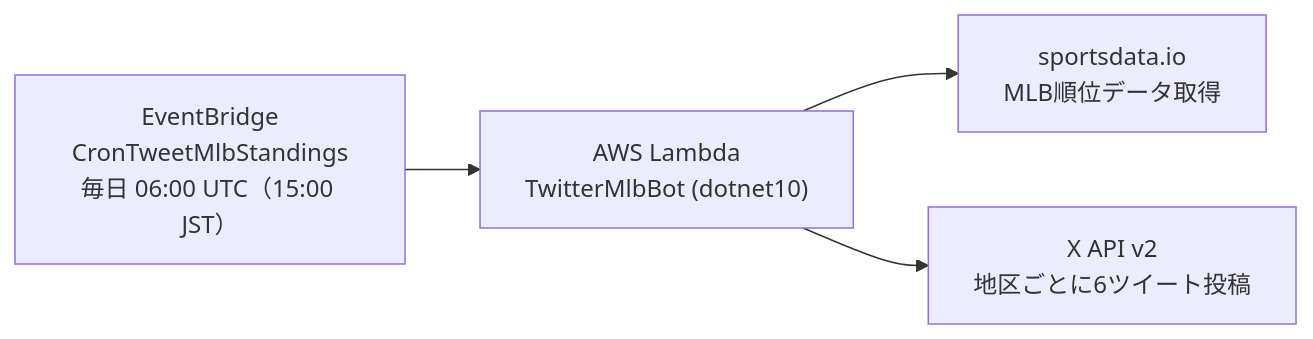
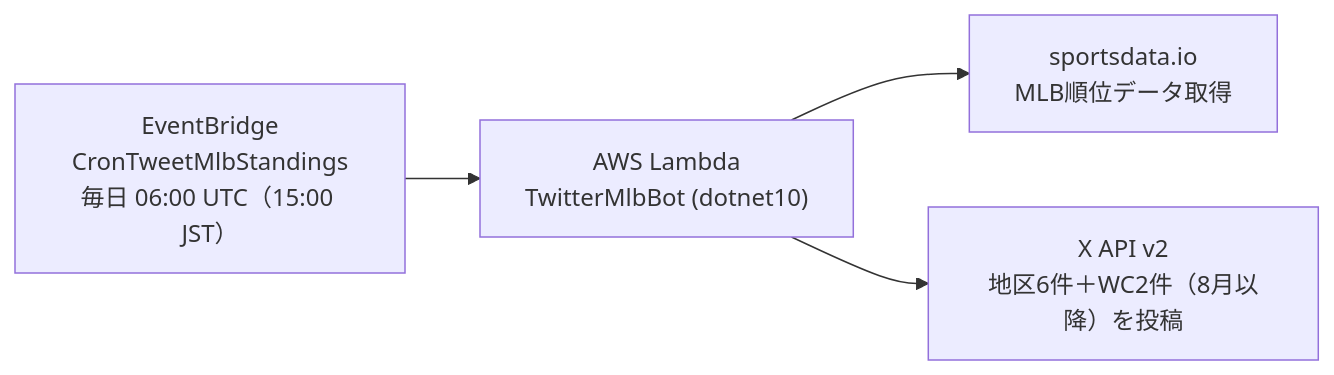
Before and after one commit to shin4488/MlbBot: the first of 2 diagrams in README.md, drawn with Mermaid. The commit also changed 4 other files, not shown here.

````diff
--- a/README.md
+++ b/README.md
@@ -9,6 +9,6 @@
 ```mermaid
 flowchart LR
     EB["EventBridge<br>CronTweetMlbStandings<br>毎日 06:00 UTC（15:00 JST）"] --> L["AWS Lambda<br>TwitterMlbBot (dotnet10)"]
     L --> MLB["sportsdata.io<br>MLB順位データ取得"]
-    L --> X["X API v2<br>地区ごとに6ツイート投稿"]
+    L --> X["X API v2<br>地区6件＋WC2件（8月以降）を投稿"]
 ```
````
